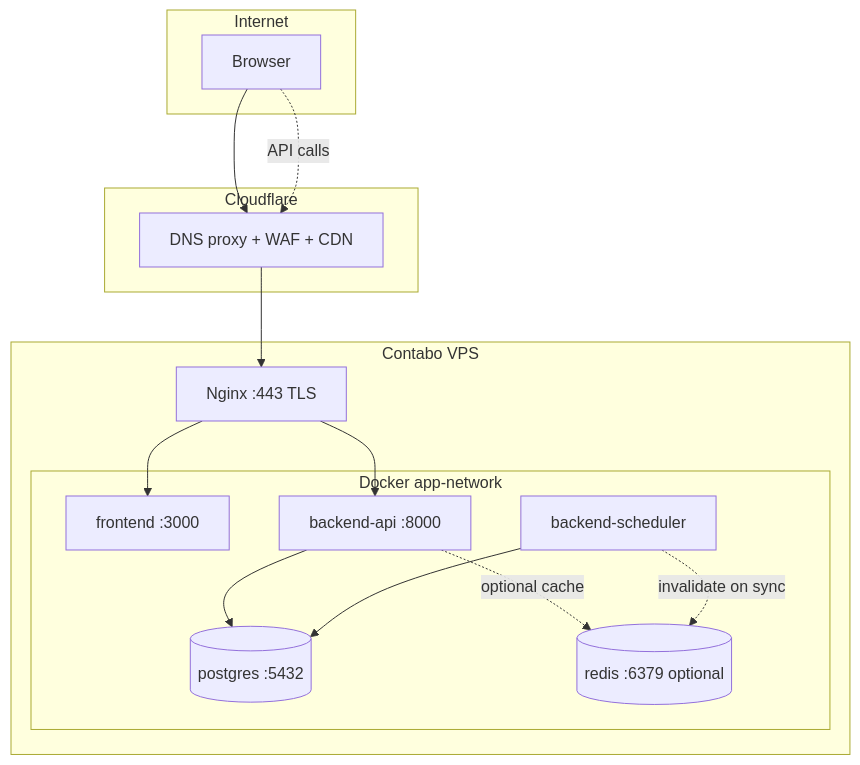
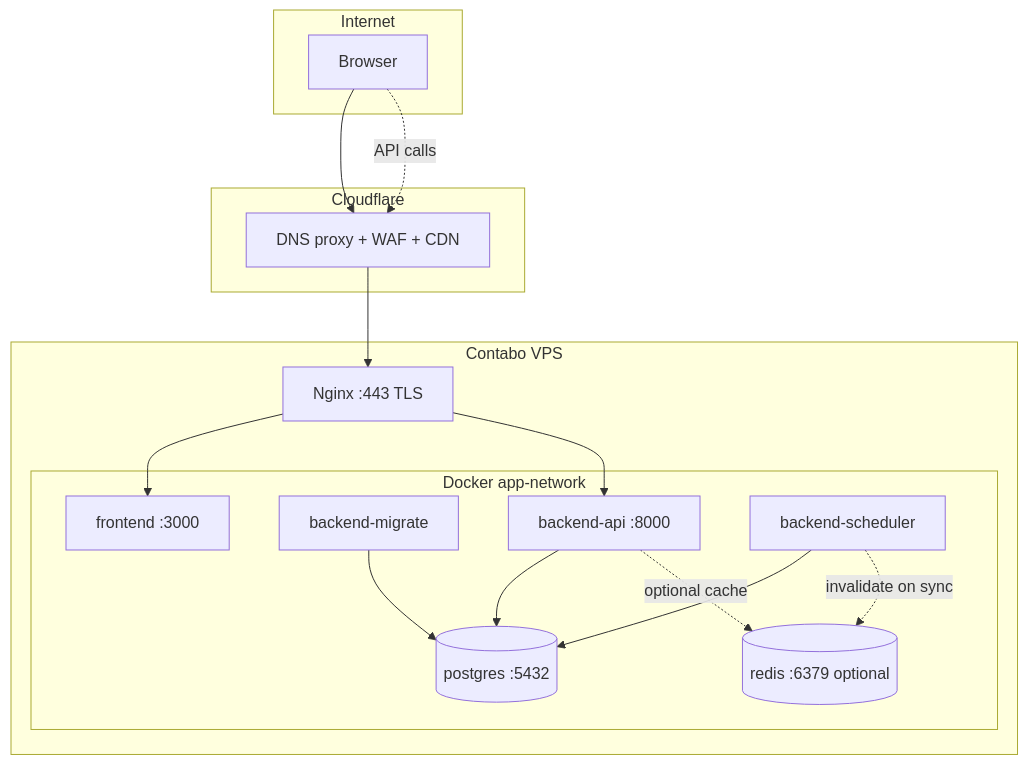
The first of 3 diagrams in backend/docs/deployment_architecture.md (Jrahimin/smart-stock), drawn with Mermaid before and after one commit. The commit also changed other lines of this file and 2 other files, not shown here.

````diff
--- a/backend/docs/deployment_architecture.md
+++ b/backend/docs/deployment_architecture.md
@@ -24,32 +24,34 @@
 ```mermaid
 flowchart TB
     subgraph internet [Internet]
         Browser[Browser]
     end
 
     subgraph cloudflare [Cloudflare]
         CF[DNS proxy + WAF + CDN]
     end
 
     subgraph vps [Contabo VPS]
         Nginx[Nginx :443 TLS]
 
         subgraph docker [Docker app-network]
             FE[frontend :3000]
+            MIG[backend-migrate]
             API[backend-api :8000]
             SCH[backend-scheduler]
             PG[(postgres :5432)]
             RD[(redis :6379 optional)]
         end
     end
 
     Browser --> CF
     CF --> Nginx
     Nginx --> FE
     Nginx --> API
     API --> PG
+    MIG --> PG
     API -.->|optional cache| RD
     SCH --> PG
     SCH -.->|invalidate on sync| RD
     Browser -.->|API calls| CF
 ```
````
